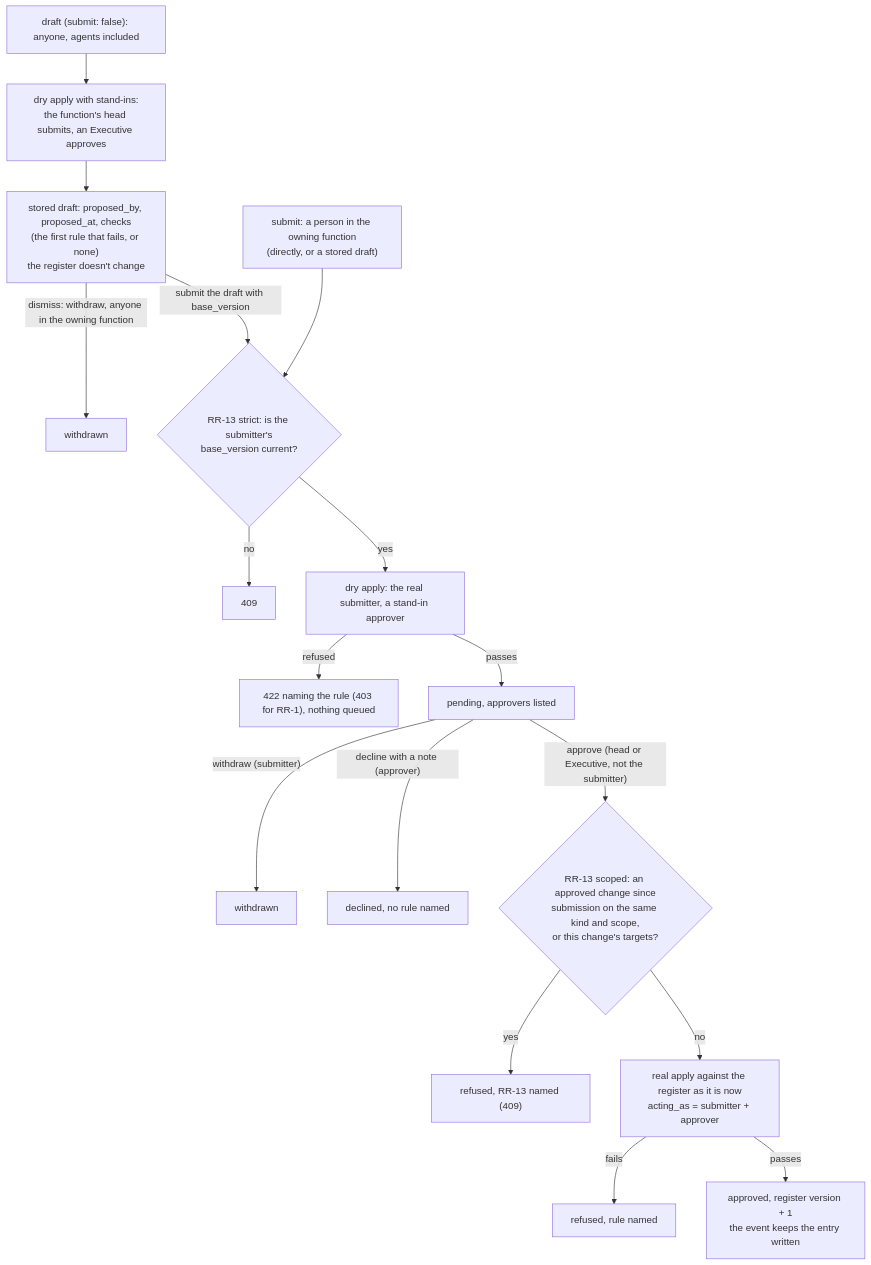
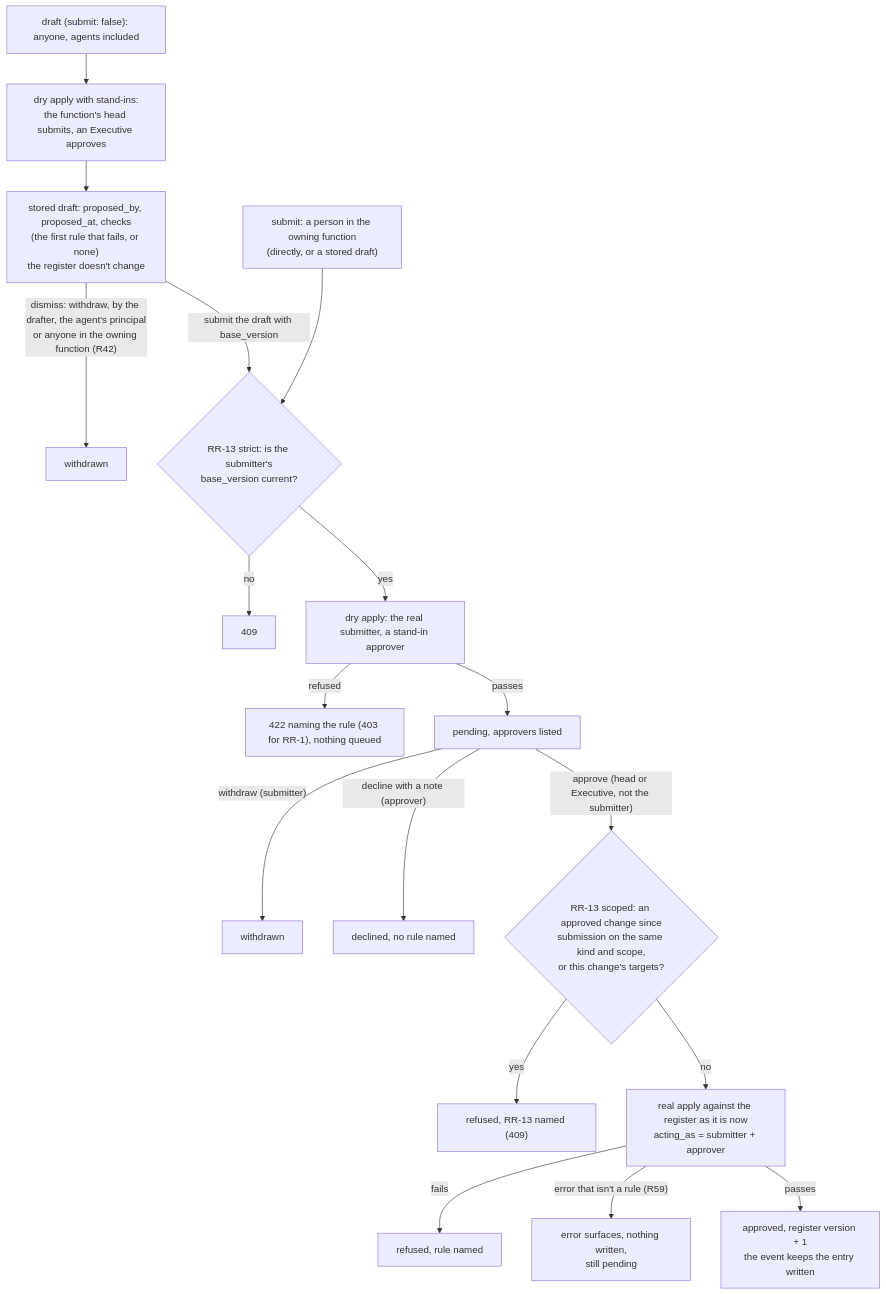
The fifth of 10 diagrams in docs/superpowers/specs/2026-10-10-owm-service-design.md (kloudtaxi/shiny-waffle), drawn with Mermaid before and after one commit. The commit also changed other lines of this file, not shown here.

````diff
--- a/docs/superpowers/specs/2026-10-10-owm-service-design.md
+++ b/docs/superpowers/specs/2026-10-10-owm-service-design.md
@@ -414,19 +469,20 @@
 ```mermaid
 flowchart TD
   D["draft (submit: false): anyone, agents included"] --> D1["dry apply with stand-ins:<br/>the function's head submits, an Executive approves"]
   D1 --> D2["stored draft: proposed_by, proposed_at, checks<br/>(the first rule that fails, or none)<br/>the register doesn't change"]
-  D2 -- "dismiss: withdraw, anyone in the owning function" --> DW["withdrawn"]
+  D2 -- "dismiss: withdraw, by the drafter, the agent's principal<br/>or anyone in the owning function (R42)" --> DW["withdrawn"]
   D2 -- "submit the draft with base_version" --> S1
   S["submit: a person in the owning function<br/>(directly, or a stored draft)"] --> S1{"RR-13 strict: is the submitter's<br/>base_version current?"}
   S1 -- no --> S0["409"]
   S1 -- yes --> S2["dry apply: the real submitter, a stand-in approver"]
   S2 -- refused --> S3["422 naming the rule (403 for RR-1), nothing queued"]
   S2 -- passes --> P["pending, approvers listed"]
   P -- "withdraw (submitter)" --> W["withdrawn"]
   P -- "decline with a note (approver)" --> X["declined, no rule named"]
   P -- "approve (head or Executive, not the submitter)" --> A1{"RR-13 scoped: an approved change since<br/>submission on the same kind and scope,<br/>or this change's targets?"}
   A1 -- yes --> A0["refused, RR-13 named (409)"]
   A1 -- no --> A2["real apply against the register as it is now<br/>acting_as = submitter + approver"]
   A2 -- fails --> RF["refused, rule named"]
+  A2 -- "error that isn't a rule (R59)" --> PE["error surfaces, nothing written,<br/>still pending"]
   A2 -- passes --> OK["approved, register version + 1<br/>the event keeps the entry written"]
 ```
````
